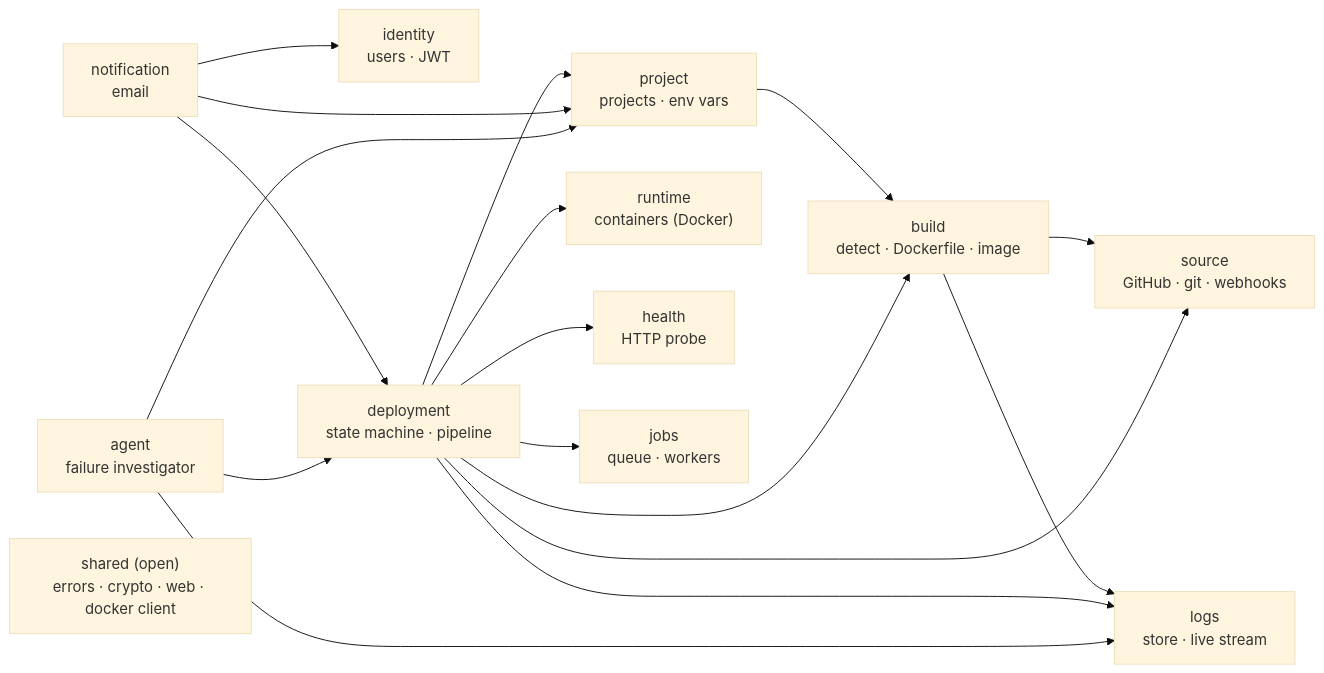
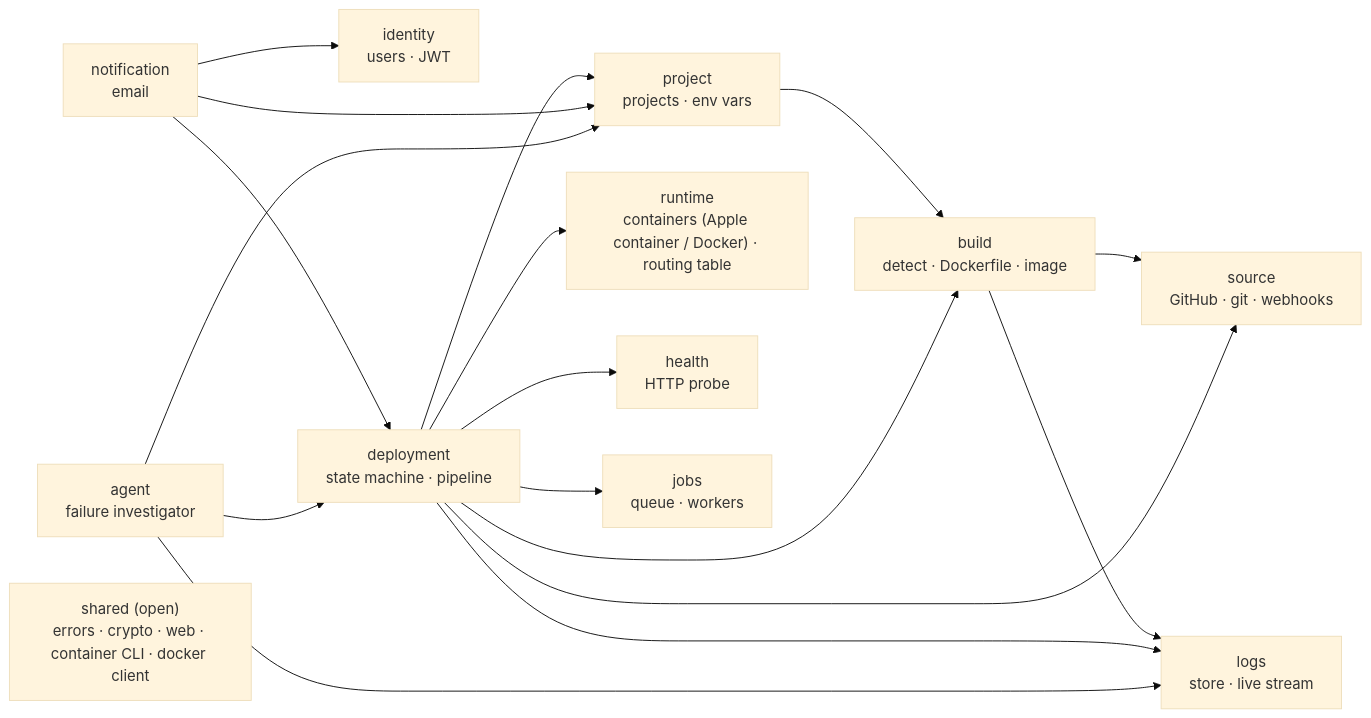
Before and after one commit to sshivanshg/forge: the third of 4 diagrams in docs/02-architecture.md, drawn with Mermaid (base theme). The commit also changed other lines of this file and 11 other files, not shown here.

First line of the commit message:
docs: describe Apple container as the default engine (D-004)

````diff
--- a/docs/02-architecture.md
+++ b/docs/02-architecture.md
@@ -67,21 +70,21 @@
 ```mermaid
 flowchart LR
     identity["identity<br/>users · JWT"]
     project["project<br/>projects · env vars"]
     source["source<br/>GitHub · git · webhooks"]
     build["build<br/>detect · Dockerfile · image"]
-    runtime["runtime<br/>containers (Docker)"]
+    runtime["runtime<br/>containers (Apple container / Docker) · routing table"]
     health["health<br/>HTTP probe"]
     logs["logs<br/>store · live stream"]
     jobs["jobs<br/>queue · workers"]
     deployment["deployment<br/>state machine · pipeline"]
     notification["notification<br/>email"]
     agent["agent<br/>failure investigator"]
-    shared["shared (open)<br/>errors · crypto · web · docker client"]
+    shared["shared (open)<br/>errors · crypto · web · container CLI · docker client"]
 
     project --> build
     build --> source & logs
     deployment --> project & source & build & runtime & health & logs & jobs
     notification --> deployment & project & identity
     agent --> deployment & project & logs
 ```
````
